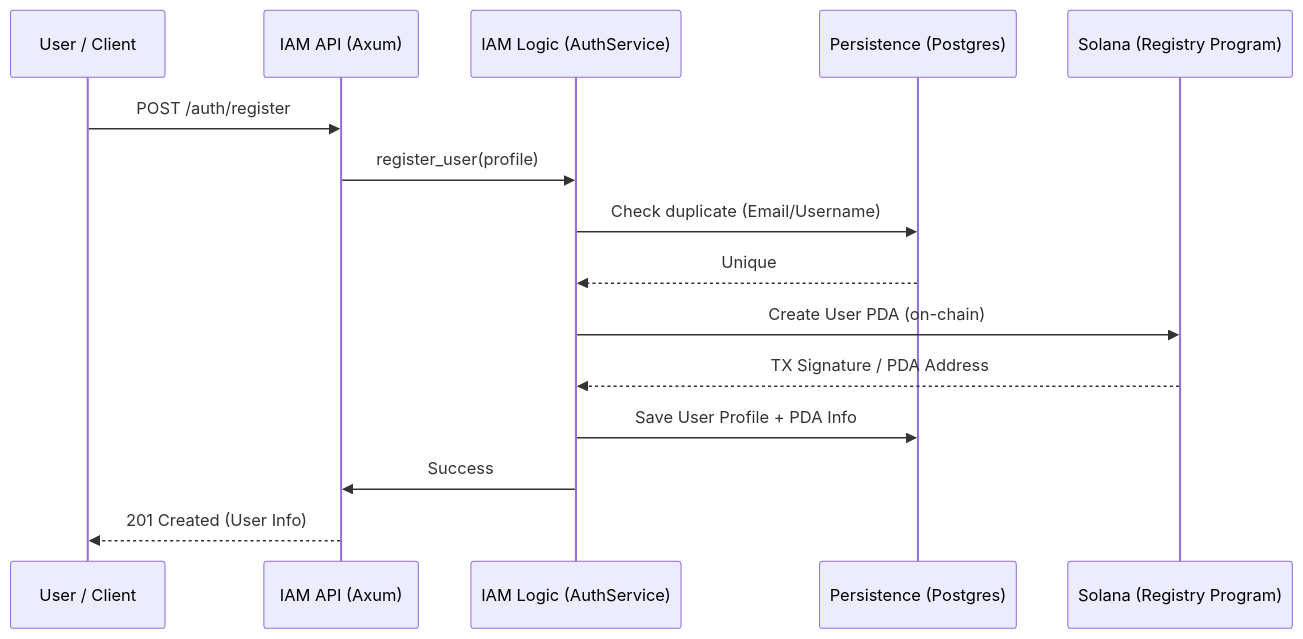
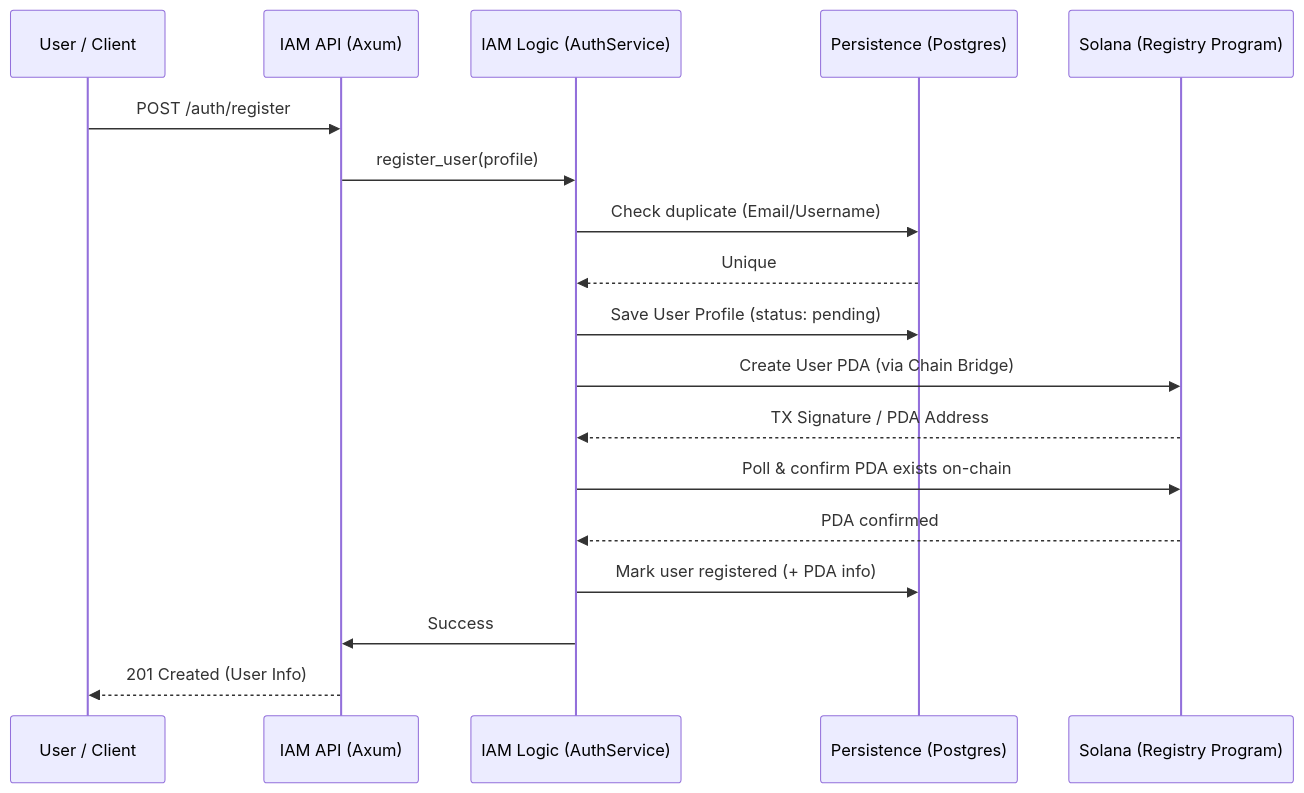
The second of 3 diagrams in README.md (NakaSato/gridtokenx-iam-service), drawn with Mermaid before and after one commit. The commit also changed other lines of this file and 1 other file, not shown here.

First line of the commit message:
docs(iam): refresh README + CLAUDE for current architecture

````diff
--- a/README.md
+++ b/README.md
@@ -89,18 +112,21 @@
 ```mermaid
 sequenceDiagram
     participant U as User / Client
     participant API as IAM API (Axum)
     participant L as IAM Logic (AuthService)
     participant P as Persistence (Postgres)
     participant S as Solana (Registry Program)
     
     U->>API: POST /auth/register
     API->>L: register_user(profile)
     L->>P: Check duplicate (Email/Username)
     P-->>L: Unique
-    L->>S: Create User PDA (on-chain)
+    L->>P: Save User Profile (status: pending)
+    L->>S: Create User PDA (via Chain Bridge)
     S-->>L: TX Signature / PDA Address
-    L->>P: Save User Profile + PDA Info
+    L->>S: Poll & confirm PDA exists on-chain
+    S-->>L: PDA confirmed
+    L->>P: Mark user registered (+ PDA info)
     L->>API: Success
     API-->>U: 201 Created (User Info)
 ```
````
